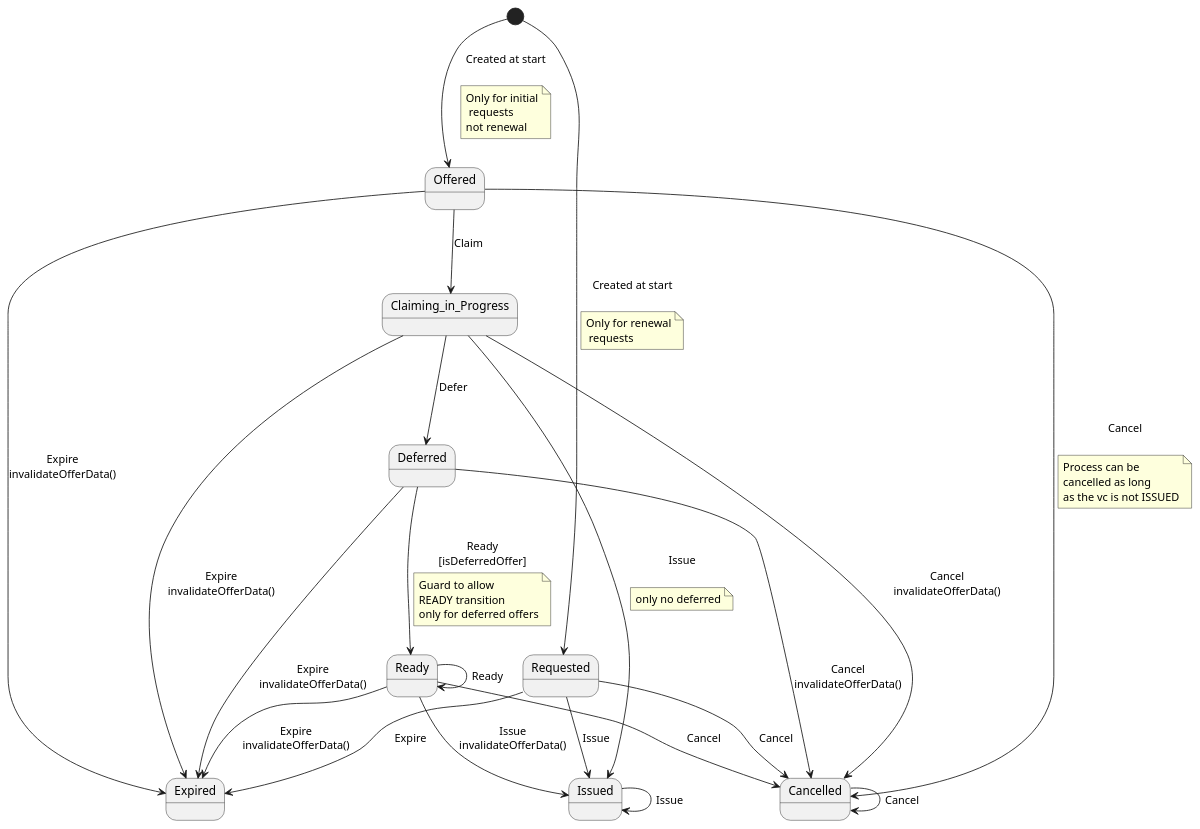
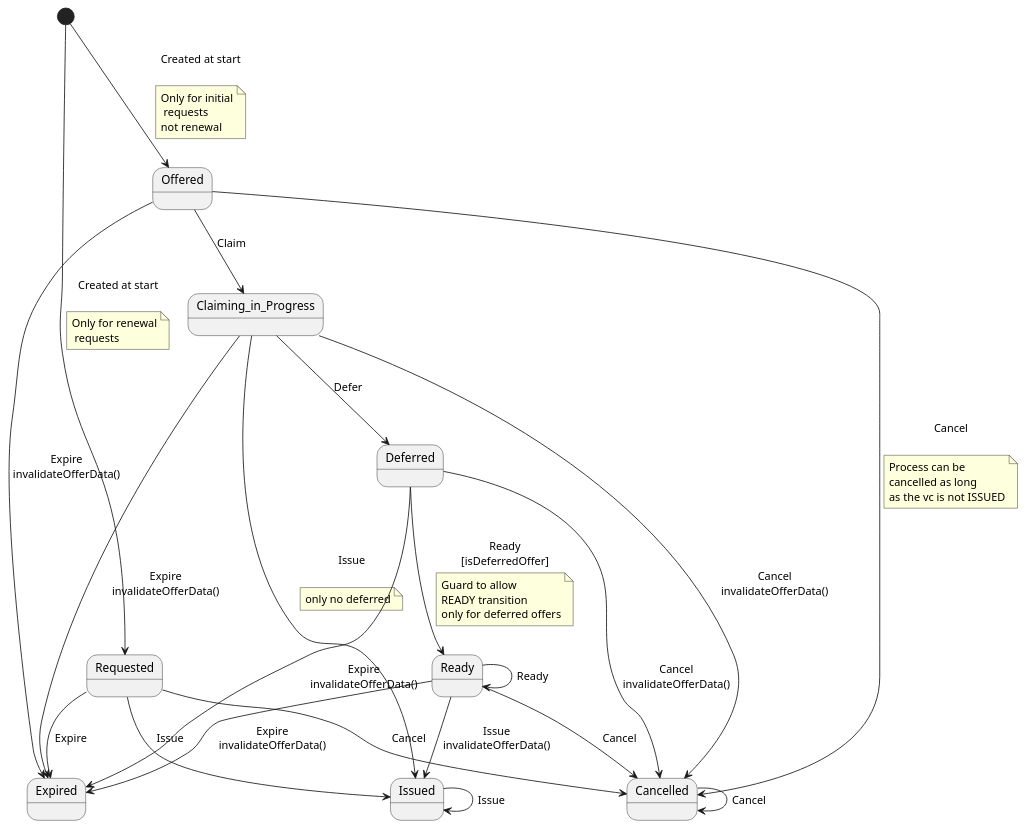
The diagram in issuer-service/src/main/resources/plantuml/credentialOfferStateMachine.puml (swiyu-admin-ch/swiyu-issuer), drawn with PlantUML before and after one commit. The commit also changed other lines of this file and 8 other files, not shown here.

```diff
--- a/issuer-service/src/main/resources/plantuml/credentialOfferStateMachine.puml
+++ b/issuer-service/src/main/resources/plantuml/credentialOfferStateMachine.puml
@@ -1,58 +1,58 @@
 @startuml
+state Deferred
+state Cancelled
+state Requested
+state Offered
 state Expired
-state Requested
+state Claiming_in_Progress
 state Issued
 state Ready
-state Deferred
-state Claiming_in_Progress
-state Offered
-state Cancelled
 [*] --> Offered : Created at start\n
 note on link
 Only for initial
  requests
 not renewal
 end note
 
 [*] --> Requested : Created at start\n
 note on link
 Only for renewal
  requests
 end note
 
 Requested --> Issued : Issue
 Requested --> Cancelled : Cancel
 Requested --> Expired : Expire
 Offered --> Cancelled : Cancel\n
 note on link
 Process can be
 cancelled as long
 as the vc is not ISSUED
 end note
 
 Offered --> Expired : Expire\ninvalidateOfferData()
 Offered --> Claiming_in_Progress : Claim
 Claiming_in_Progress --> Expired : Expire\ninvalidateOfferData()
 Claiming_in_Progress --> Deferred : Defer
 Claiming_in_Progress --> Issued : Issue\n
 note on link
 only no deferred
 end note
 
 Claiming_in_Progress --> Cancelled : Cancel\ninvalidateOfferData()
 Deferred --> Ready : Ready\n[isDeferredOffer]
 note on link
 Guard to allow
 READY transition
 only for deferred offers
 end note
 
 Deferred --> Expired : Expire\ninvalidateOfferData()
 Deferred --> Cancelled : Cancel\ninvalidateOfferData()
 Ready --> Issued : Issue\ninvalidateOfferData()
 Ready --> Expired : Expire\ninvalidateOfferData()
 Ready --> Cancelled : Cancel
 Ready --> Ready : Ready
 Issued --> Issued : Issue
 Cancelled --> Cancelled : Cancel
 @enduml
```
